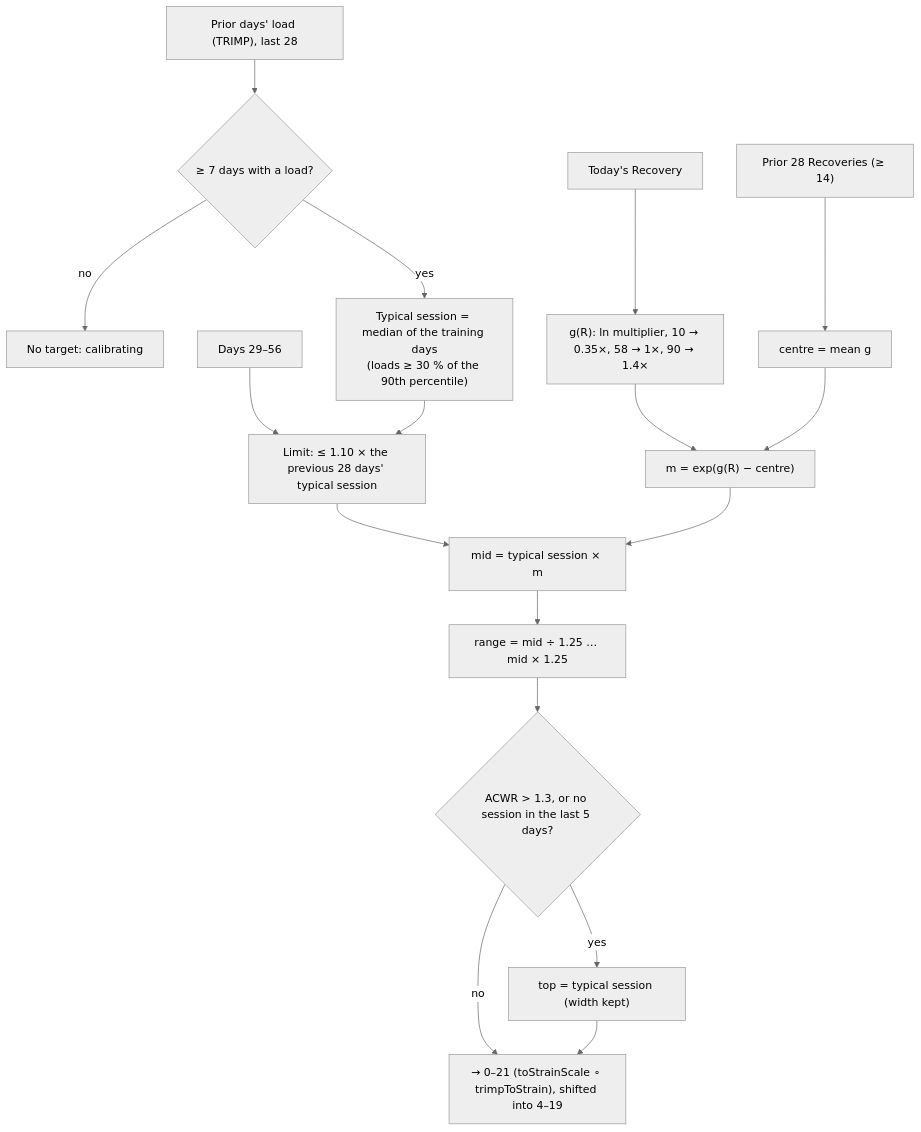
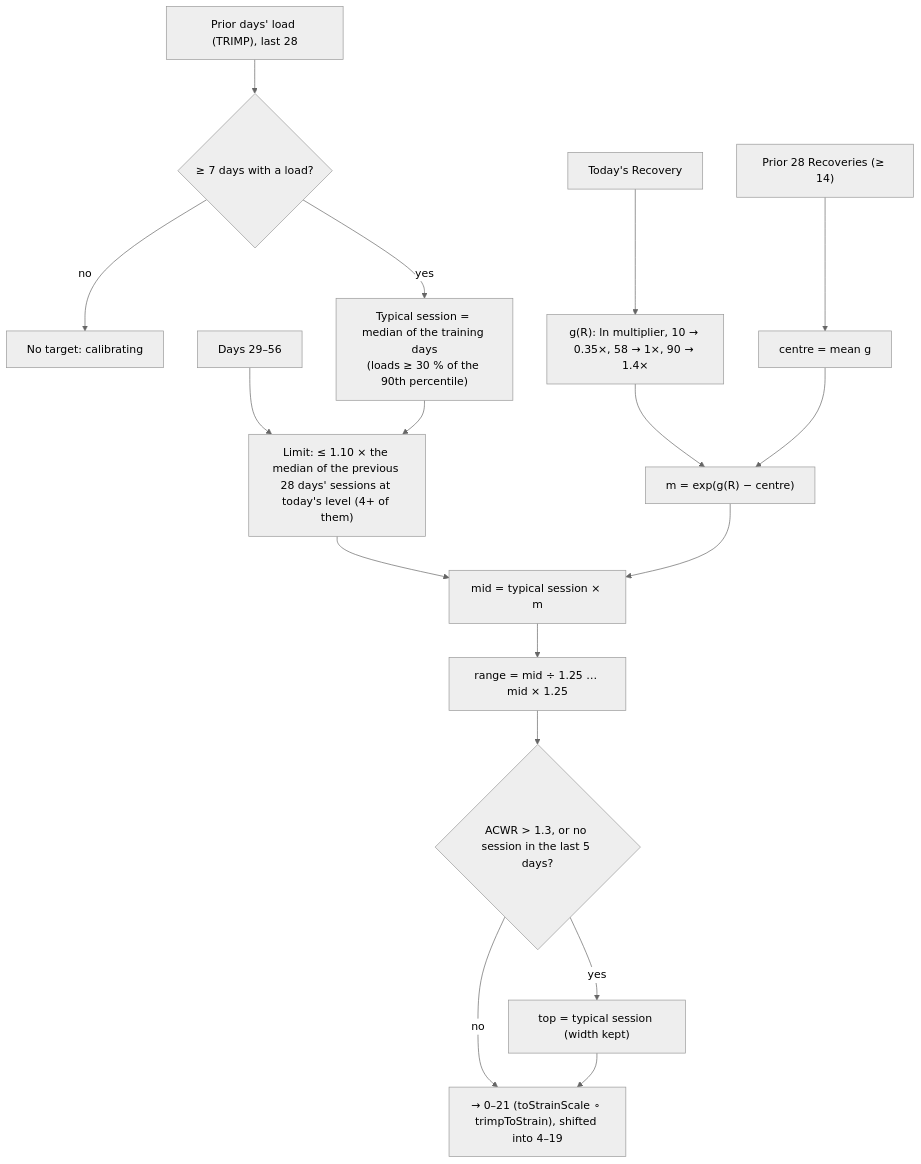
One commit to RohitDhatrak/pulse changed the diagram in docs/algorithms/strain-target.md. Above: the diagram before and after it, drawn with Mermaid (neutral theme). The commit also changed other lines of this file and 56 other files, not shown here.

````diff
--- a/docs/algorithms/strain-target.md
+++ b/docs/algorithms/strain-target.md
@@ -17,19 +17,19 @@
 ```mermaid
 flowchart TB
   L["Prior days' load (TRIMP), last 28"] --> N{"≥ 7 days with a load?"}
   N -->|no| CAL[No target: calibrating]
   N -->|yes| REF["Typical session = median of the training days<br/>(loads ≥ 30 % of the 90th percentile)"]
-  L2["Days 29–56"] --> PROG["Limit: ≤ 1.10 × the previous 28 days' typical session"]
+  L2["Days 29–56"] --> PROG["Limit: ≤ 1.10 × the median of the previous 28 days' sessions at today's level (4+ of them)"]
   REF --> PROG
   R["Today's Recovery"] --> G["g(R): ln multiplier, 10 → 0.35×, 58 → 1×, 90 → 1.4×"]
   RH["Prior 28 Recoveries (≥ 14)"] --> C["centre = mean g"]
   G --> M["m = exp(g(R) − centre)"]
   C --> M
   PROG --> MID["mid = typical session × m"]
   M --> MID
   MID --> RANGE["range = mid ÷ 1.25 … mid × 1.25"]
   RANGE --> CAP{"ACWR > 1.3, or no session in the last 5 days?"}
   CAP -->|yes| HOLD["top = typical session (width kept)"]
   CAP -->|no| D
   HOLD --> D["→ 0–21 (toStrainScale ∘ trimpToStrain), shifted into 4–19"]
 ```
````
